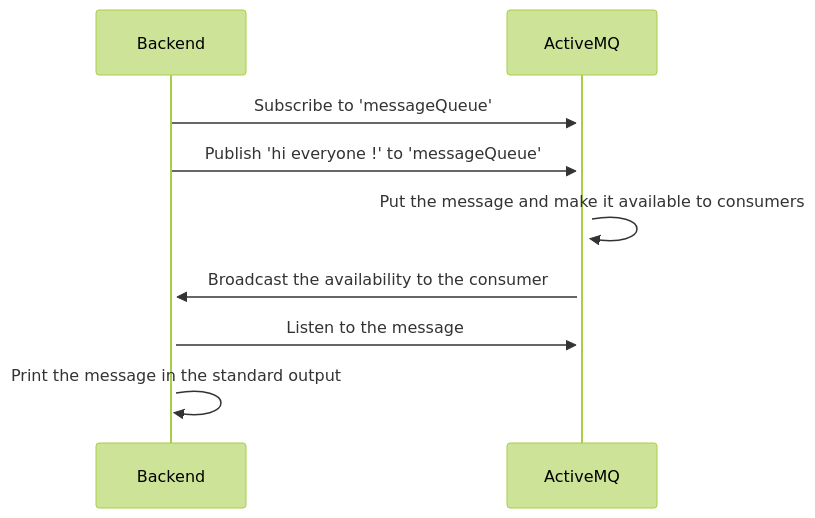
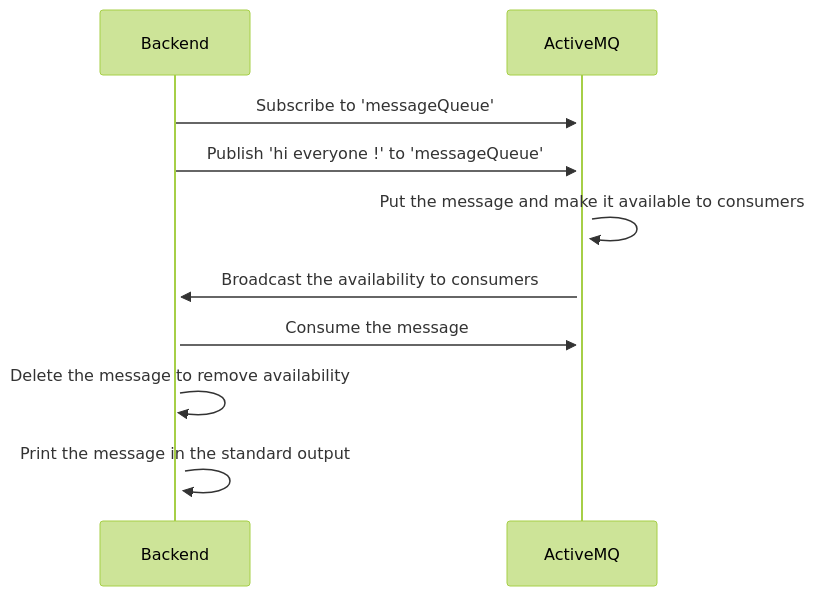
One commit to arthuRHD/spring-boot-activemq changed the diagram in README.md. Above: the diagram before and after it, drawn with Mermaid (forest theme). The commit also changed other lines of this file and 1 other file, not shown here.

Commit message:
adding extra details concerning fine tuning

````diff
--- a/README.md
+++ b/README.md
@@ -19,9 +19,10 @@
 ```mermaid
 sequenceDiagram
     Backend->>+ActiveMQ: Subscribe to 'messageQueue'
     Backend->>+ActiveMQ: Publish 'hi everyone !' to 'messageQueue'
     ActiveMQ->>+ActiveMQ: Put the message and make it available to consumers
-    ActiveMQ->>+Backend: Broadcast the availability to the consumer 
-    Backend->>+ActiveMQ: Listen to the message
+    ActiveMQ->>+Backend: Broadcast the availability to consumers 
+    Backend->>+ActiveMQ: Consume the message
+    Backend->>+Backend: Delete the message to remove availability
     Backend->>+Backend: Print the message in the standard output
 ```
````
